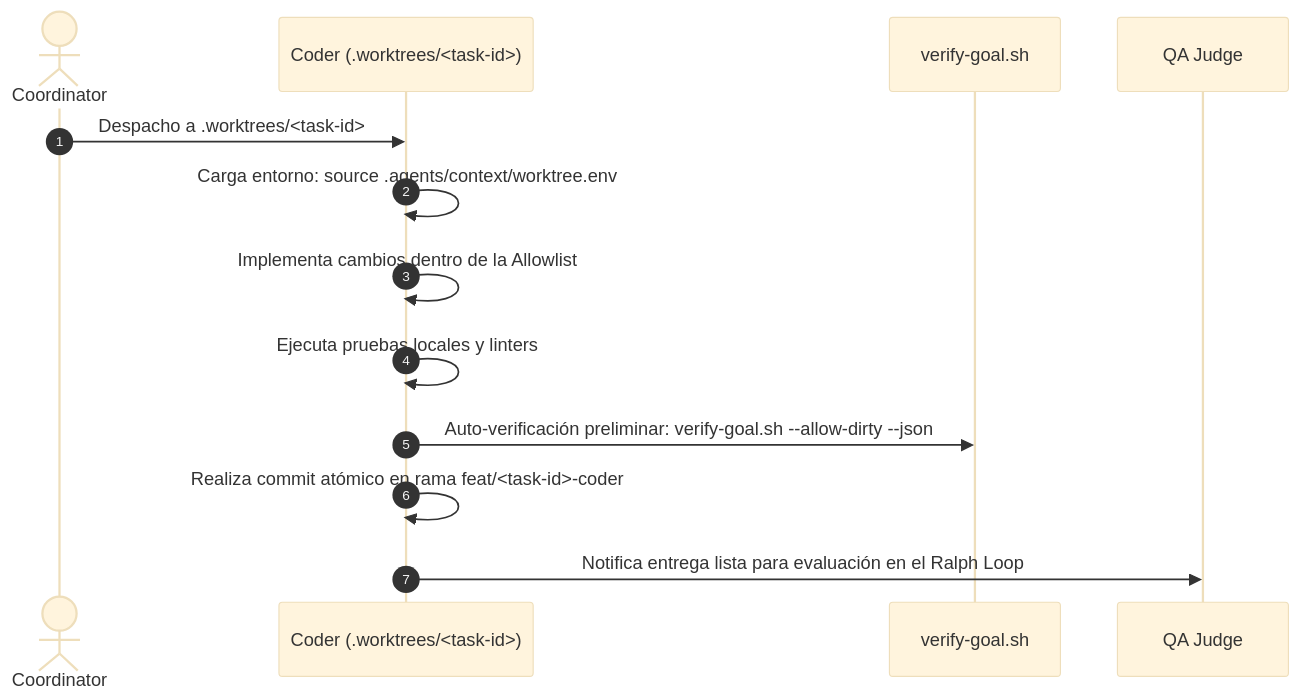
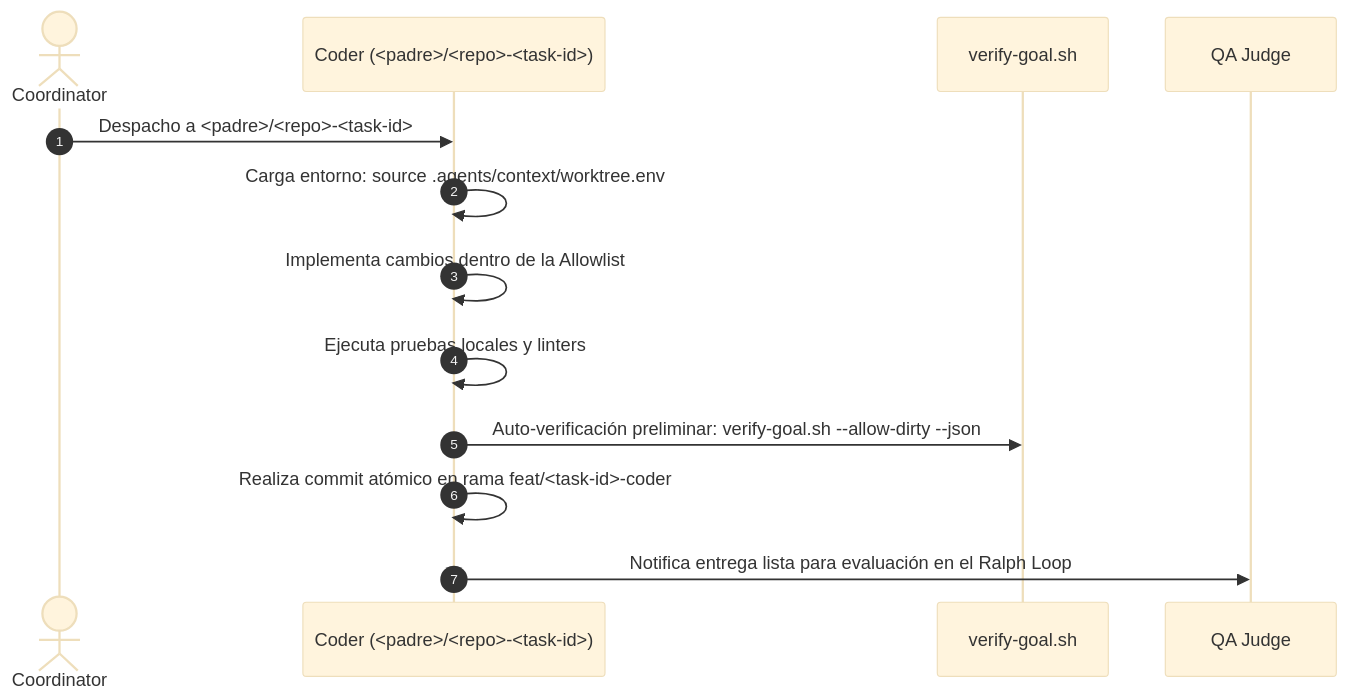
Before and after one commit to romensuarezr/agent-os: the diagram in .agents/profiles/coder.md, drawn with Mermaid (base theme). The commit also changed other lines of this file and 9 other files, not shown here.

````diff
--- a/.agents/profiles/coder.md
+++ b/.agents/profiles/coder.md
@@ -60,16 +60,16 @@
 ```mermaid
 sequenceDiagram
     autonumber
     actor C as Coordinator
-    participant W as Coder (.worktrees/<task-id>)
+    participant W as Coder (<padre>/<repo>-<task-id>)
     participant G as verify-goal.sh
     participant J as QA Judge
 
-    C->>W: Despacho a .worktrees/<task-id>
+    C->>W: Despacho a <padre>/<repo>-<task-id>
     W->>W: Carga entorno: source .agents/context/worktree.env
     W->>W: Implementa cambios dentro de la Allowlist
     W->>W: Ejecuta pruebas locales y linters
     W->>G: Auto-verificación preliminar: verify-goal.sh --allow-dirty --json
     W->>W: Realiza commit atómico en rama feat/<task-id>-coder
     W->>J: Notifica entrega lista para evaluación en el Ralph Loop
 ```
````
